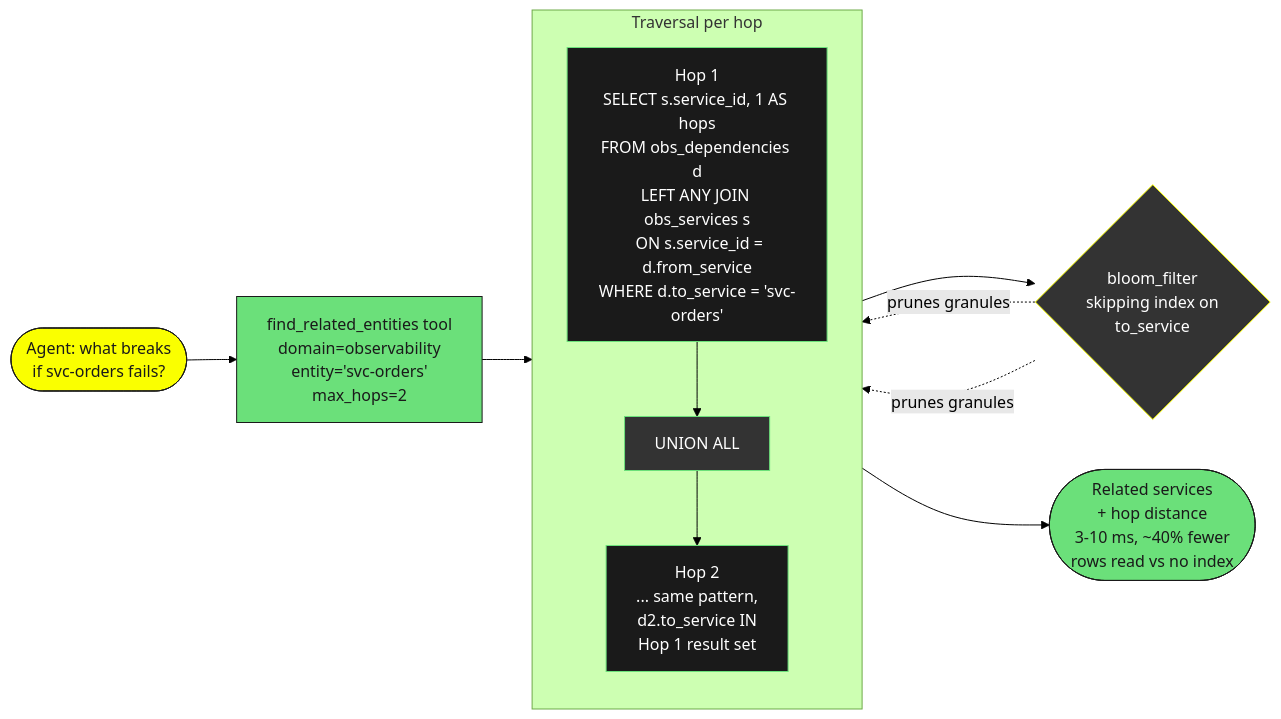
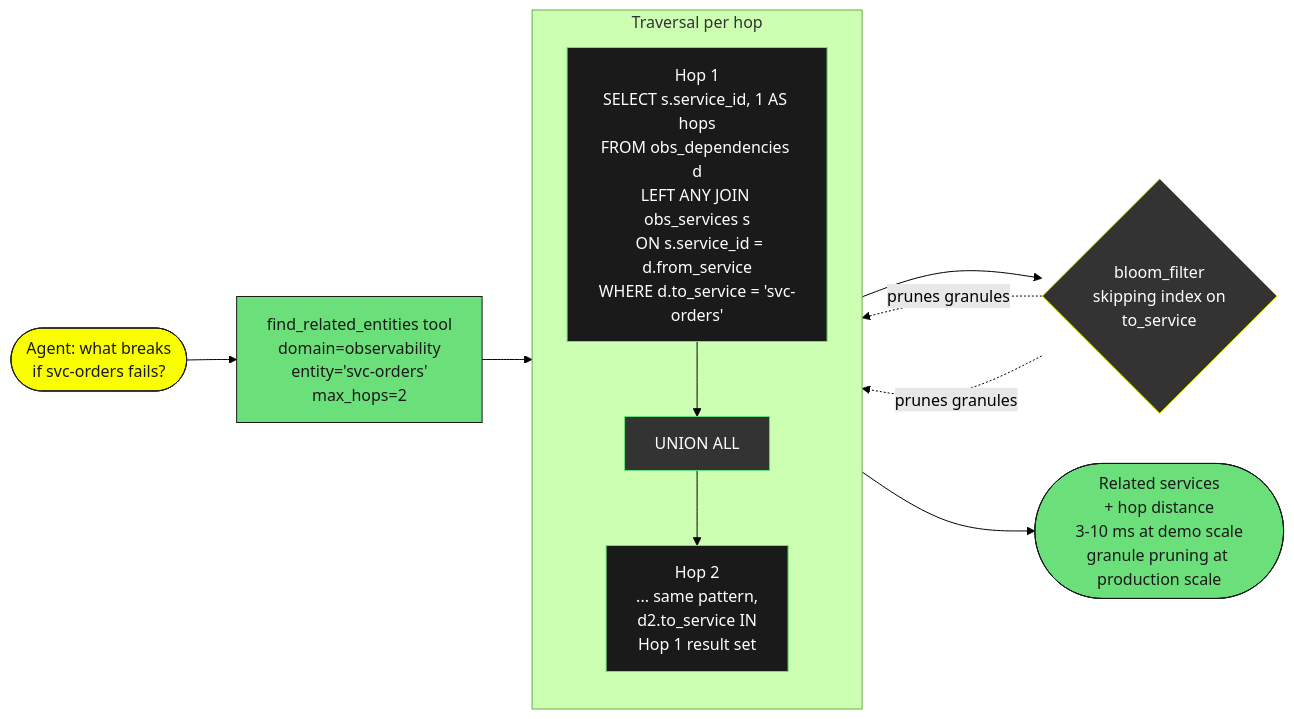
One commit to ClickHouse/clickhouse-agent-memory changed the fifth of 8 diagrams in README.md. Above: the diagram before and after it, drawn with Mermaid (forest theme). The commit also changed other lines of this file and 15 other files, not shown here.

````diff
--- a/README.md
+++ b/README.md
@@ -234,29 +234,29 @@
 ```mermaid
 flowchart LR
     START([Agent: what breaks<br/>if svc-orders fails?])
 
     START --> TOOL[find_related_entities tool<br/>domain=observability<br/>entity='svc-orders'<br/>max_hops=2]
 
     TOOL --> H1
 
     subgraph HOPS["Traversal per hop"]
         direction TB
         H1[Hop 1<br/>SELECT s.service_id, 1 AS hops<br/>FROM obs_dependencies d<br/>LEFT ANY JOIN obs_services s<br/>  ON s.service_id = d.from_service<br/>WHERE d.to_service = 'svc-orders']
         H1 --> UNION[UNION ALL]
         UNION --> H2[Hop 2<br/>... same pattern,<br/>d2.to_service IN<br/>  Hop 1 result set]
     end
 
     H2 --> SKIP{bloom_filter<br/>skipping index on<br/>to_service}
     SKIP -.prunes granules.-> H1
     SKIP -.prunes granules.-> H2
 
-    H2 --> RESULT([Related services<br/>+ hop distance<br/>3-10 ms, ~40% fewer<br/>rows read vs no index])
+    H2 --> RESULT([Related services<br/>+ hop distance<br/>3-10 ms at demo scale<br/>granule pruning at production scale])
 
     style START fill:#faff00,stroke:#1a1a1a,color:#1a1a1a
     style TOOL fill:#6be07a,stroke:#1a1a1a,color:#1a1a1a
     style H1 fill:#1a1a1a,stroke:#6be07a,color:#fff
     style H2 fill:#1a1a1a,stroke:#6be07a,color:#fff
     style UNION fill:#333,stroke:#6be07a,color:#fff
     style SKIP fill:#333,stroke:#faff00,color:#fff
     style RESULT fill:#6be07a,stroke:#1a1a1a,color:#1a1a1a
 ```
````
